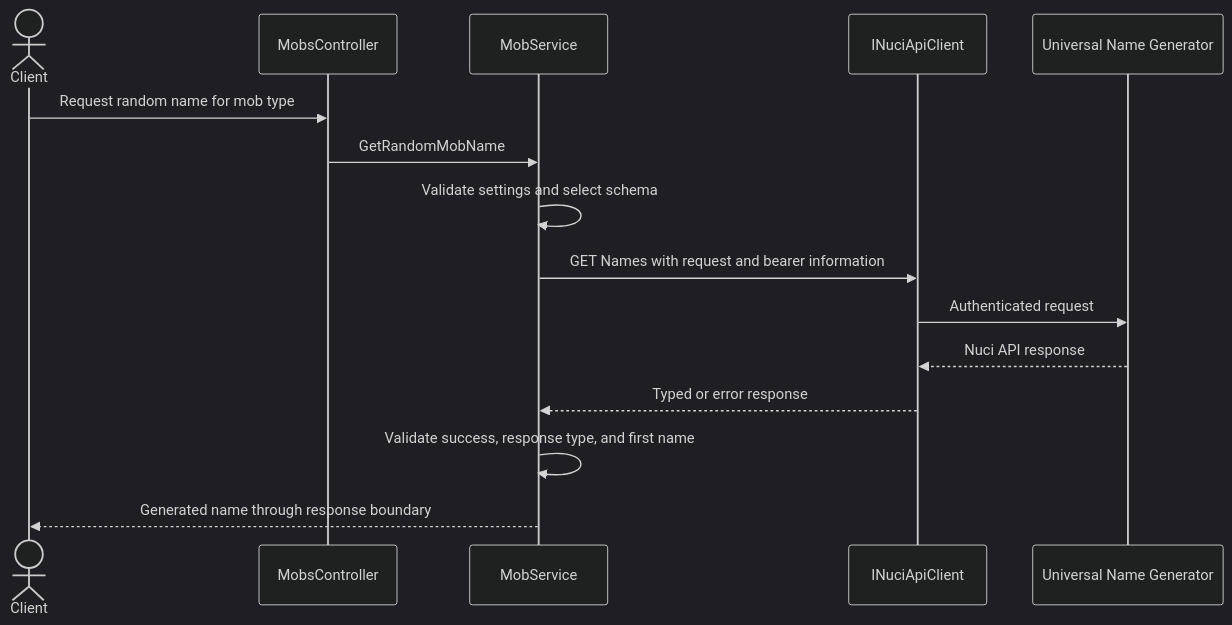
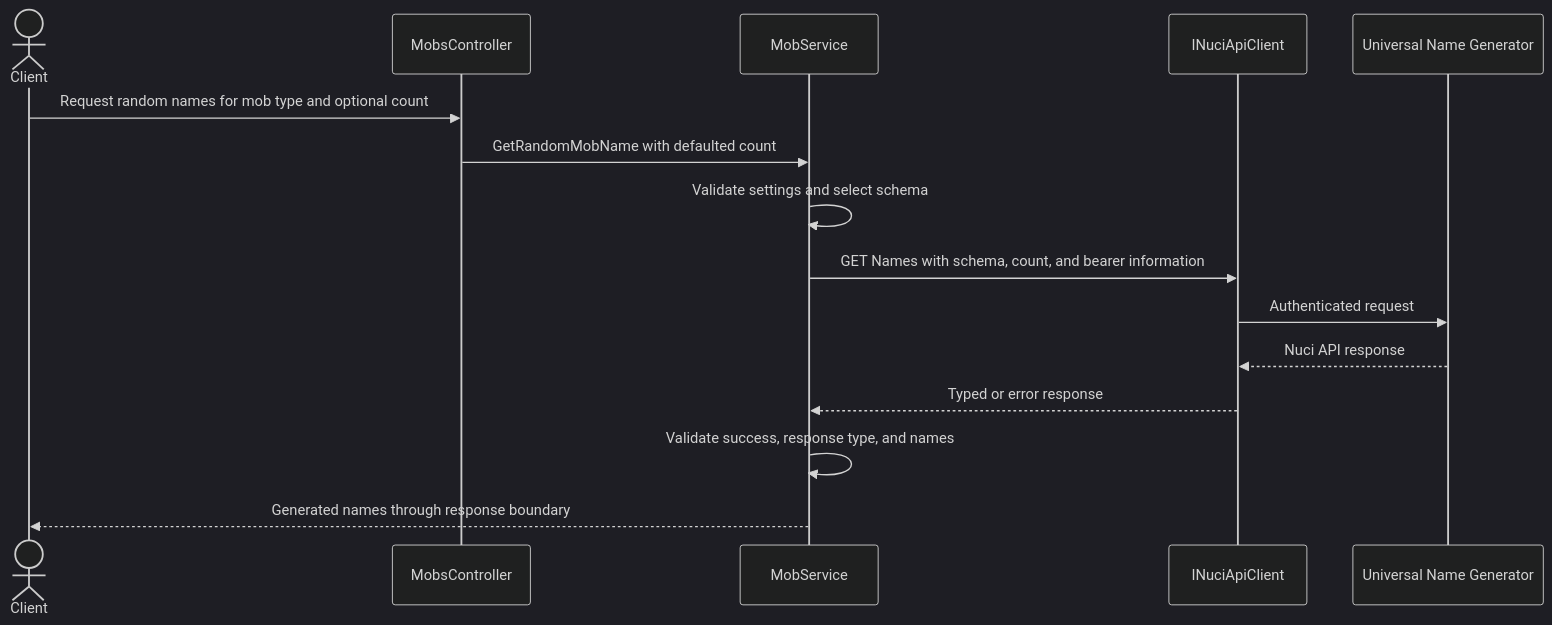
Before and after one commit to hmlendea/nucicraft-api: the sixth of 7 diagrams in ARCHITECTURE.md, drawn with Mermaid (dark theme). The commit also changed other lines of this file and 10 other files, not shown here.

Commit message:
mobs: Added count to GET /Mobs/name

````diff
--- a/ARCHITECTURE.md
+++ b/ARCHITECTURE.md
@@ -309,18 +309,18 @@
 ```mermaid
 sequenceDiagram
     actor Client
     participant Controller as MobsController
     participant Service as MobService
     participant ApiClient as INuciApiClient
     participant Generator as Universal Name Generator
 
-    Client->>Controller: Request random name for mob type
-    Controller->>Service: GetRandomMobName
+    Client->>Controller: Request random names for mob type and optional count
+    Controller->>Service: GetRandomMobName with defaulted count
     Service->>Service: Validate settings and select schema
-    Service->>ApiClient: GET Names with request and bearer information
+    Service->>ApiClient: GET Names with schema, count, and bearer information
     ApiClient->>Generator: Authenticated request
     Generator-->>ApiClient: Nuci API response
     ApiClient-->>Service: Typed or error response
-    Service->>Service: Validate success, response type, and first name
-    Service-->>Client: Generated name through response boundary
+    Service->>Service: Validate success, response type, and names
+    Service-->>Client: Generated names through response boundary
 ```
````
